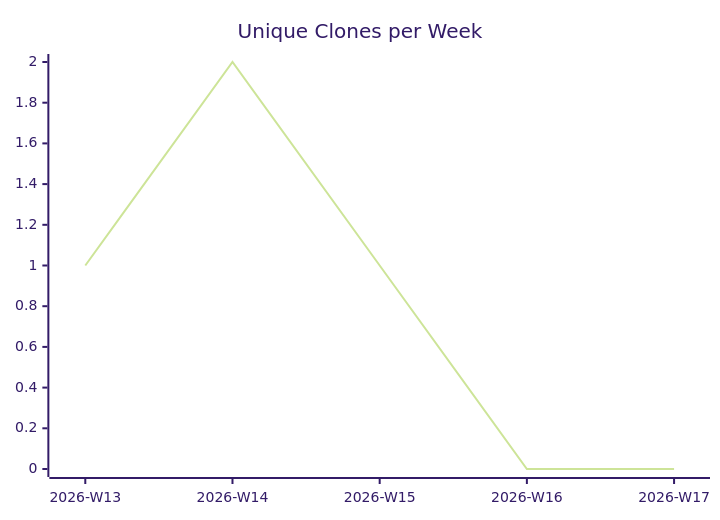
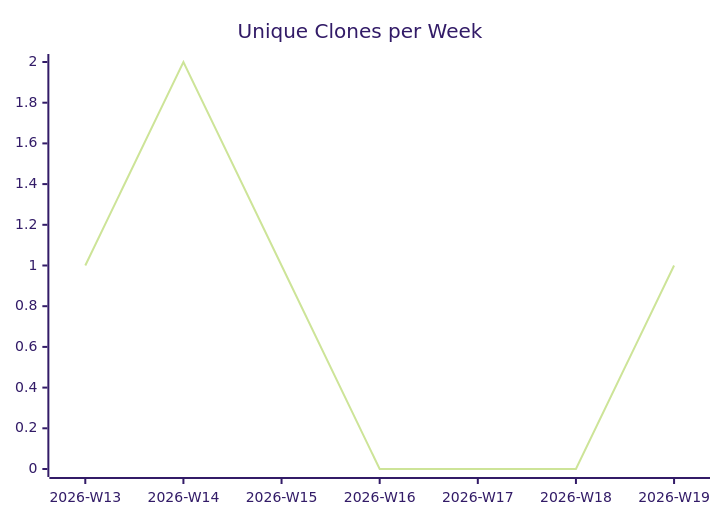
One commit to justdavis-family/github-analytics-data changed the third of 3 diagrams in karlmdavis/ansible-jenkins/README.md. Above: the diagram before and after it, drawn with Mermaid (forest theme). The commit also changed other lines of this file and 187 other files, not shown here.

````diff
--- a/karlmdavis/ansible-jenkins/README.md
+++ b/karlmdavis/ansible-jenkins/README.md
@@ -19,6 +19,6 @@
 ```mermaid
 xychart-beta
   title "Unique Clones per Week"
-  x-axis ["2026-W13", "2026-W14", "2026-W15", "2026-W16", "2026-W17"]
-  line [1, 2, 1, 0, 0]
+  x-axis ["2026-W13", "2026-W14", "2026-W15", "2026-W16", "2026-W17", "2026-W18", "2026-W19"]
+  line [1, 2, 1, 0, 0, 0, 1]
 ```
````
